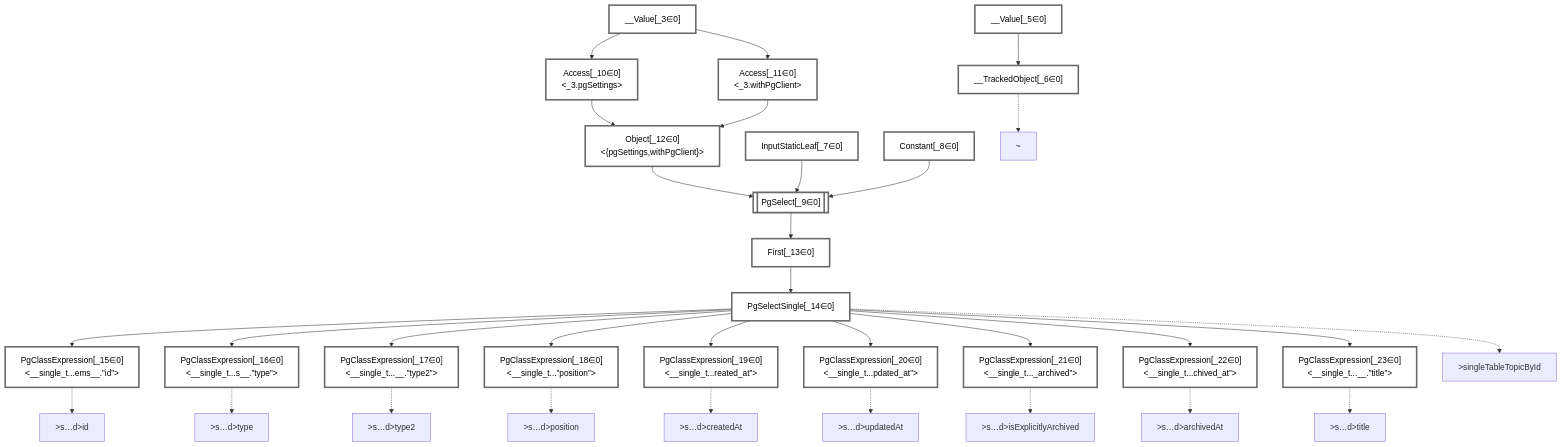
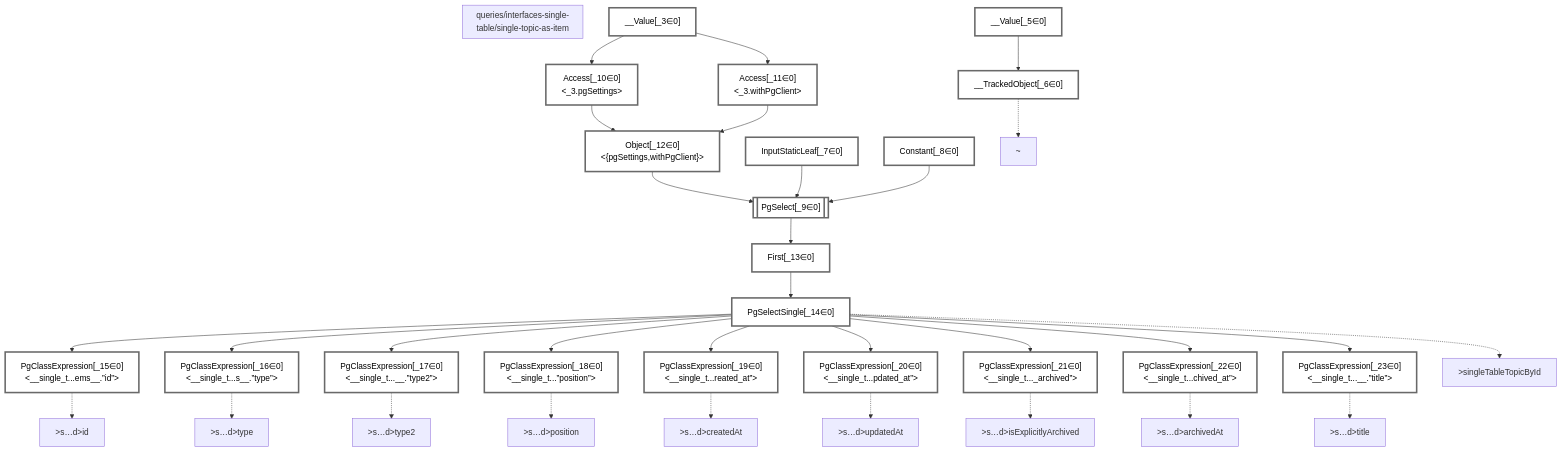
One commit to graphile/crystal changed the diagram in packages/dataplan-pg/__tests__/queries/interfaces-single-table/single-topic-as-item.mermaid.md. Above: the diagram before and after it, drawn with Mermaid. The commit also changed 195 other files, not shown here.

````diff
--- a/packages/dataplan-pg/__tests__/queries/interfaces-single-table/single-topic-as-item.mermaid.md
+++ b/packages/dataplan-pg/__tests__/queries/interfaces-single-table/single-topic-as-item.mermaid.md
@@ -1,80 +1,82 @@
 ```mermaid
 graph TD
+    subgraph "queries/interfaces-single-table/single-topic-as-item"
+    end
     classDef path fill:#eee,stroke:#000,color:#000
     classDef plan fill:#fff,stroke-width:3px,color:#000
     classDef itemplan fill:#fff,stroke-width:6px,color:#000
     classDef sideeffectplan fill:#f00,stroke-width:6px,color:#000
     classDef bucket fill:#f6f6f6,color:#000,stroke-width:6px,text-align:left
 
 
     %% define plans
     __Value_3["__Value[_3∈0]<br /><context>"]:::plan
     __Value_5["__Value[_5∈0]<br /><rootValue>"]:::plan
     __TrackedObject_6["__TrackedObject[_6∈0]"]:::plan
     InputStaticLeaf_7["InputStaticLeaf[_7∈0]"]:::plan
     Constant_8["Constant[_8∈0]"]:::plan
     PgSelect_9[["PgSelect[_9∈0]<br /><single_table_items>"]]:::plan
     Access_10["Access[_10∈0]<br /><_3.pgSettings>"]:::plan
     Access_11["Access[_11∈0]<br /><_3.withPgClient>"]:::plan
     Object_12["Object[_12∈0]<br /><{pgSettings,withPgClient}>"]:::plan
     First_13["First[_13∈0]"]:::plan
     PgSelectSingle_14["PgSelectSingle[_14∈0]<br /><single_table_items>"]:::plan
     PgClassExpression_15["PgClassExpression[_15∈0]<br /><__single_t...ems__.”id”>"]:::plan
     PgClassExpression_16["PgClassExpression[_16∈0]<br /><__single_t...s__.”type”>"]:::plan
     PgClassExpression_17["PgClassExpression[_17∈0]<br /><__single_t...__.”type2”>"]:::plan
     PgClassExpression_18["PgClassExpression[_18∈0]<br /><__single_t...”position”>"]:::plan
     PgClassExpression_19["PgClassExpression[_19∈0]<br /><__single_t...reated_at”>"]:::plan
     PgClassExpression_20["PgClassExpression[_20∈0]<br /><__single_t...pdated_at”>"]:::plan
     PgClassExpression_21["PgClassExpression[_21∈0]<br /><__single_t..._archived”>"]:::plan
     PgClassExpression_22["PgClassExpression[_22∈0]<br /><__single_t...chived_at”>"]:::plan
     PgClassExpression_23["PgClassExpression[_23∈0]<br /><__single_t...__.”title”>"]:::plan
 
     %% plan dependencies
     __Value_5 --> __TrackedObject_6
     Object_12 --> PgSelect_9
     InputStaticLeaf_7 --> PgSelect_9
     Constant_8 --> PgSelect_9
     __Value_3 --> Access_10
     __Value_3 --> Access_11
     Access_10 --> Object_12
     Access_11 --> Object_12
     PgSelect_9 --> First_13
     First_13 --> PgSelectSingle_14
     PgSelectSingle_14 --> PgClassExpression_15
     PgSelectSingle_14 --> PgClassExpression_16
     PgSelectSingle_14 --> PgClassExpression_17
     PgSelectSingle_14 --> PgClassExpression_18
     PgSelectSingle_14 --> PgClassExpression_19
     PgSelectSingle_14 --> PgClassExpression_20
     PgSelectSingle_14 --> PgClassExpression_21
     PgSelectSingle_14 --> PgClassExpression_22
     PgSelectSingle_14 --> PgClassExpression_23
 
     %% plan-to-path relationships
     P_6["~"]
     __TrackedObject_6 -.-> P_6
     P_14[">singleTableTopicById"]
     PgSelectSingle_14 -.-> P_14
     P_15[">s…d>id"]
     PgClassExpression_15 -.-> P_15
     P_16[">s…d>type"]
     PgClassExpression_16 -.-> P_16
     P_17[">s…d>type2"]
     PgClassExpression_17 -.-> P_17
     P_18[">s…d>position"]
     PgClassExpression_18 -.-> P_18
     P_19[">s…d>createdAt"]
     PgClassExpression_19 -.-> P_19
     P_20[">s…d>updatedAt"]
     PgClassExpression_20 -.-> P_20
     P_21[">s…d>isExplicitlyArchived"]
     PgClassExpression_21 -.-> P_21
     P_22[">s…d>archivedAt"]
     PgClassExpression_22 -.-> P_22
     P_23[">s…d>title"]
     PgClassExpression_23 -.-> P_23
 
     %% allocate buckets
     classDef bucket0 stroke:#696969
     class __Value_3,__Value_5,__TrackedObject_6,InputStaticLeaf_7,Constant_8,PgSelect_9,Access_10,Access_11,Object_12,First_13,PgSelectSingle_14,PgClassExpression_15,PgClassExpression_16,PgClassExpression_17,PgClassExpression_18,PgClassExpression_19,PgClassExpression_20,PgClassExpression_21,PgClassExpression_22,PgClassExpression_23 bucket0
 ```
````
